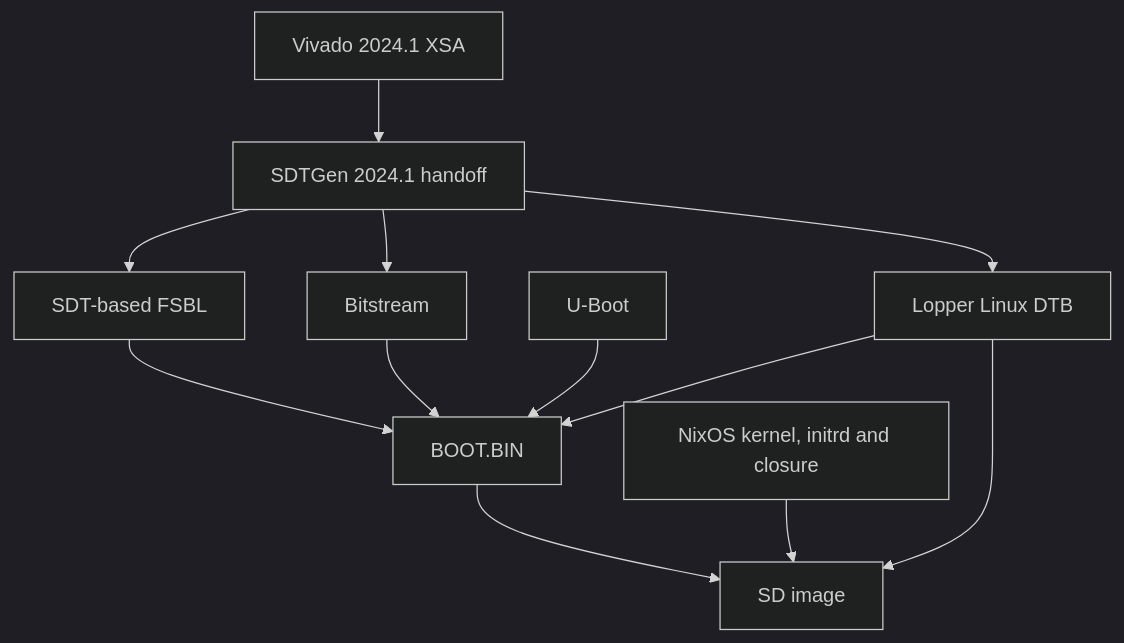
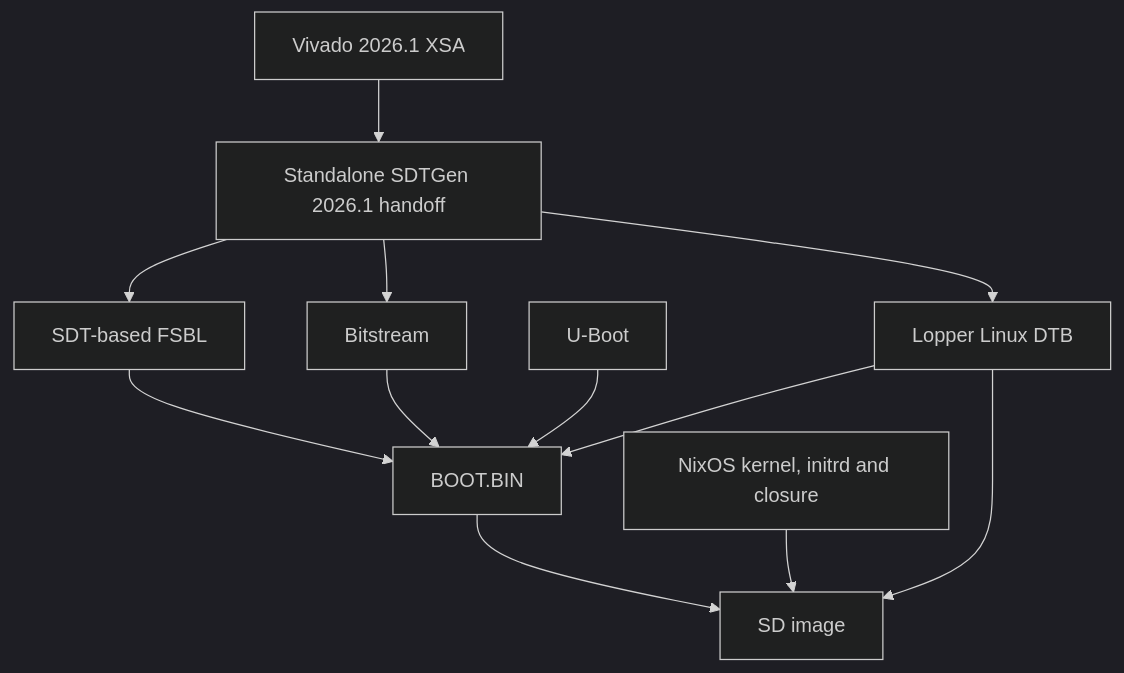
The diagram in README.md (PseudoDesign/nixos-cora-z7), drawn with Mermaid (dark theme) before and after one commit. The commit also changed other lines of this file and 14 other files, not shown here.

````diff
--- a/README.md
+++ b/README.md
@@ -13,14 +13,14 @@
 ```mermaid
 flowchart TD
-    X["Vivado 2024.1 XSA"] --> S["SDTGen 2024.1 handoff"]
+    X["Vivado 2026.1 XSA"] --> S["Standalone SDTGen 2026.1 handoff"]
     S --> F["SDT-based FSBL"]
     S --> D["Lopper Linux DTB"]
     S --> P["Bitstream"]
     F --> B["BOOT.BIN"]
     P --> B
     U["U-Boot"] --> B
     D --> B
     B --> I["SD image"]
     N["NixOS kernel, initrd and closure"] --> I
     D --> I
 ```
````
